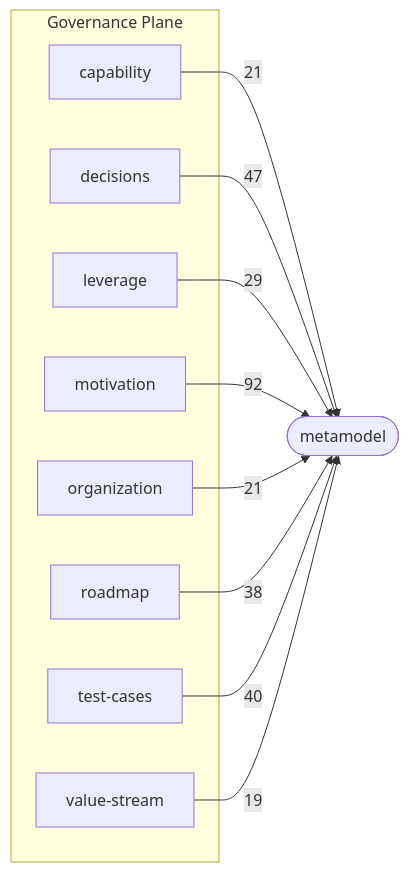
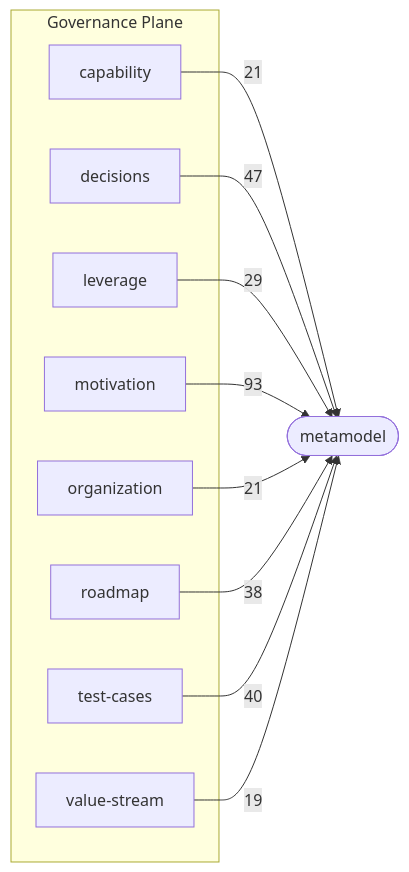
Before and after one commit to Archally/blueprint-schema: the third of 3 diagrams in docs/schema-atlas/v2.8/layer-map.md, drawn with Mermaid. The commit also changed 3 other files, not shown here.

Commit message:
Schema Atlas: the catalog follows the 2.8.64 schema

````diff
--- a/docs/schema-atlas/v2.8/layer-map.md
+++ b/docs/schema-atlas/v2.8/layer-map.md
@@ -139,22 +139,22 @@
 ```mermaid
 graph LR
     subgraph governance_plane["Governance Plane"]
         governance_capability_schema_yaml["capability"]
         governance_decisions_schema_yaml["decisions"]
         governance_leverage_schema_yaml["leverage"]
         governance_motivation_schema_yaml["motivation"]
         governance_organization_schema_yaml["organization"]
         governance_roadmap_schema_yaml["roadmap"]
         governance_test_cases_schema_yaml["test-cases"]
         governance_value_stream_schema_yaml["value-stream"]
     end
     metamodel_schema_yaml(["metamodel"])
     governance_capability_schema_yaml -->|21| metamodel_schema_yaml
     governance_decisions_schema_yaml -->|47| metamodel_schema_yaml
     governance_leverage_schema_yaml -->|29| metamodel_schema_yaml
-    governance_motivation_schema_yaml -->|92| metamodel_schema_yaml
+    governance_motivation_schema_yaml -->|93| metamodel_schema_yaml
     governance_organization_schema_yaml -->|21| metamodel_schema_yaml
     governance_roadmap_schema_yaml -->|38| metamodel_schema_yaml
     governance_test_cases_schema_yaml -->|40| metamodel_schema_yaml
     governance_value_stream_schema_yaml -->|19| metamodel_schema_yaml
 ```
````
